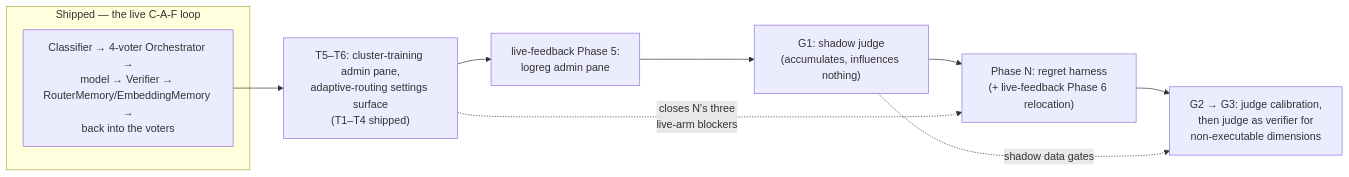
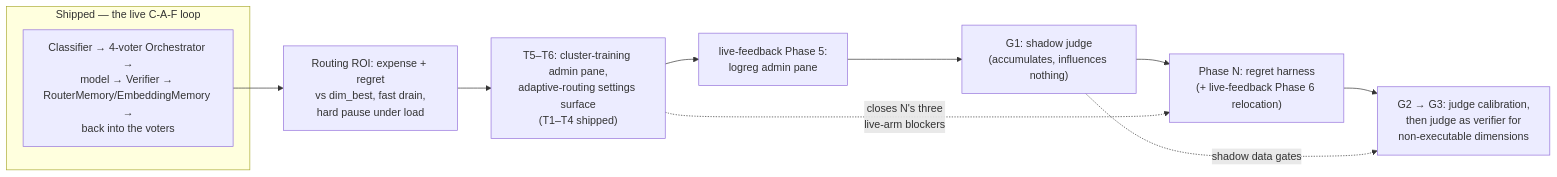
One commit to davidpizon/TotallyHot-ArcRouter changed the diagram in src/PLAN.md. Above: the diagram before and after it, drawn with Mermaid. The commit also changed other lines of this file and 17 other files, not shown here.

Commit message:
Implemented routing regret plan

````diff
--- a/src/PLAN.md
+++ b/src/PLAN.md
@@ -44,16 +44,17 @@
 ```mermaid
 flowchart LR
     subgraph shipped["Shipped — the live C-A-F loop"]
         LOOP["Classifier → 4-voter Orchestrator →<br/>model → Verifier → RouterMemory/EmbeddingMemory →<br/>back into the voters"]
     end
 
+    ROI["Routing ROI: expense + regret<br/>vs dim_best, fast drain,<br/>hard pause under load"]
     T["T5–T6: cluster-training admin pane,<br/>adaptive-routing settings surface<br/>(T1–T4 shipped)"]
     P5["live-feedback Phase 5:<br/>logreg admin pane"]
     G1["G1: shadow judge<br/>(accumulates, influences nothing)"]
     N["Phase N: regret harness<br/>(+ live-feedback Phase 6 relocation)"]
     G23["G2 → G3: judge calibration,<br/>then judge as verifier for<br/>non-executable dimensions"]
 
-    LOOP --> T --> P5 --> G1 --> N --> G23
+    LOOP --> ROI --> T --> P5 --> G1 --> N --> G23
     T -.->|"closes N's three<br/>live-arm blockers"| N
     G1 -.->|"shadow data gates"| G23
 ```
````
